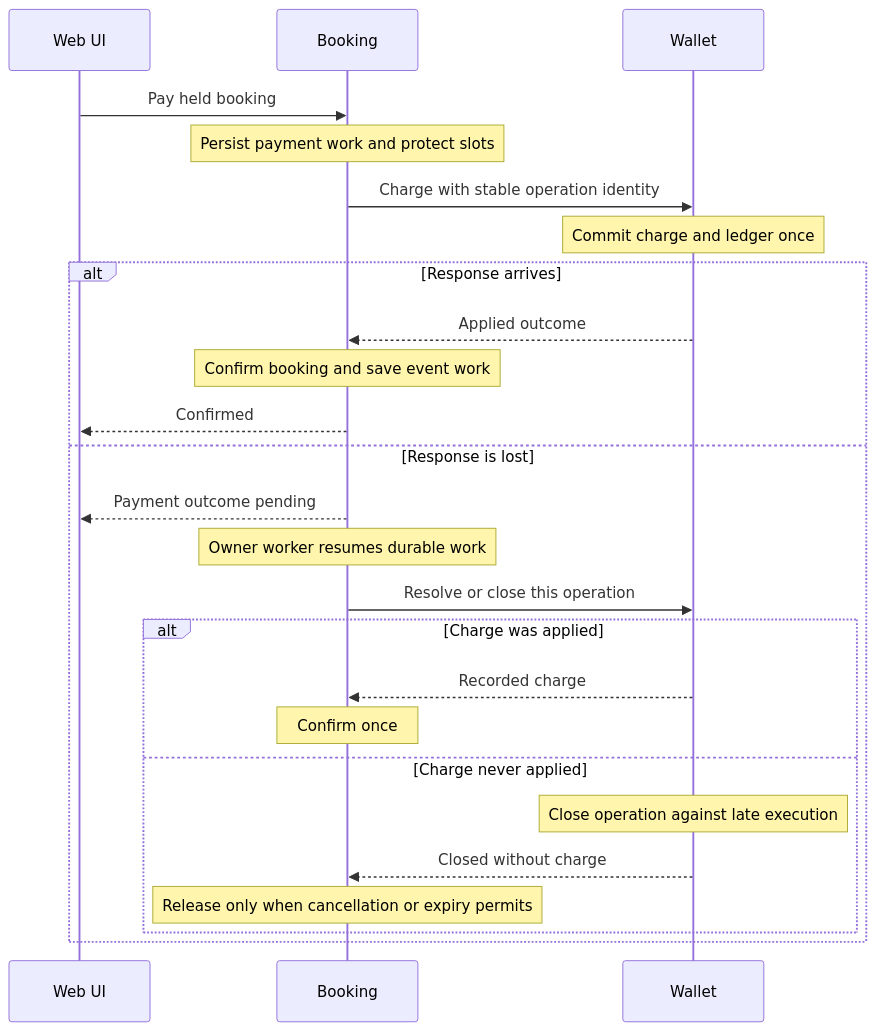
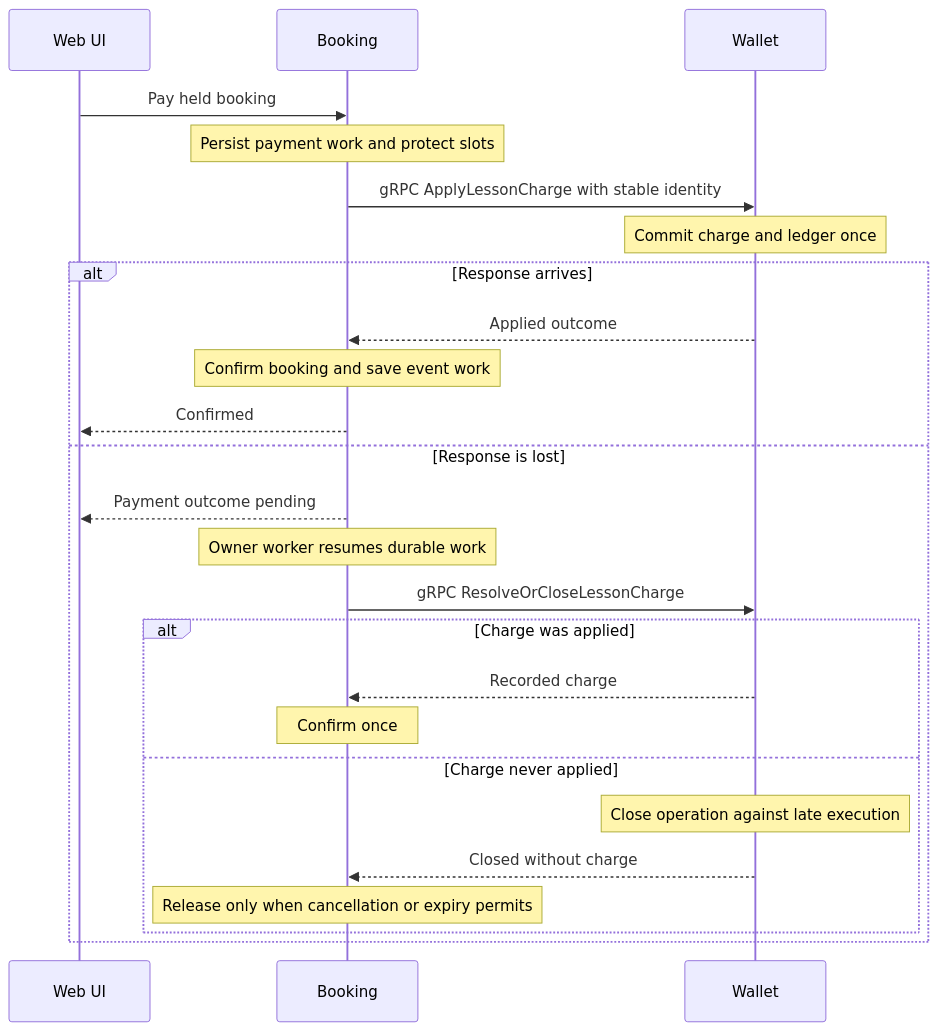
One commit to Azther0z/tutor-matcher-microservice changed the fifth of 7 diagrams in docs/system-design.md. Above: the diagram before and after it, drawn with Mermaid. The commit also changed other lines of this file and 39 other files, not shown here.

````diff
--- a/docs/system-design.md
+++ b/docs/system-design.md
@@ -198,27 +207,27 @@
 ```mermaid
 sequenceDiagram
     participant UI as Web UI
     participant B as Booking
     participant W as Wallet
     UI->>B: Pay held booking
     Note over B: Persist payment work and protect slots
-    B->>W: Charge with stable operation identity
+    B->>W: gRPC ApplyLessonCharge with stable identity
     Note over W: Commit charge and ledger once
     alt Response arrives
         W-->>B: Applied outcome
         Note over B: Confirm booking and save event work
         B-->>UI: Confirmed
     else Response is lost
         B-->>UI: Payment outcome pending
         Note over B: Owner worker resumes durable work
-        B->>W: Resolve or close this operation
+        B->>W: gRPC ResolveOrCloseLessonCharge
         alt Charge was applied
             W-->>B: Recorded charge
             Note over B: Confirm once
         else Charge never applied
             Note over W: Close operation against late execution
             W-->>B: Closed without charge
             Note over B: Release only when cancellation or expiry permits
         end
     end
 ```
````
